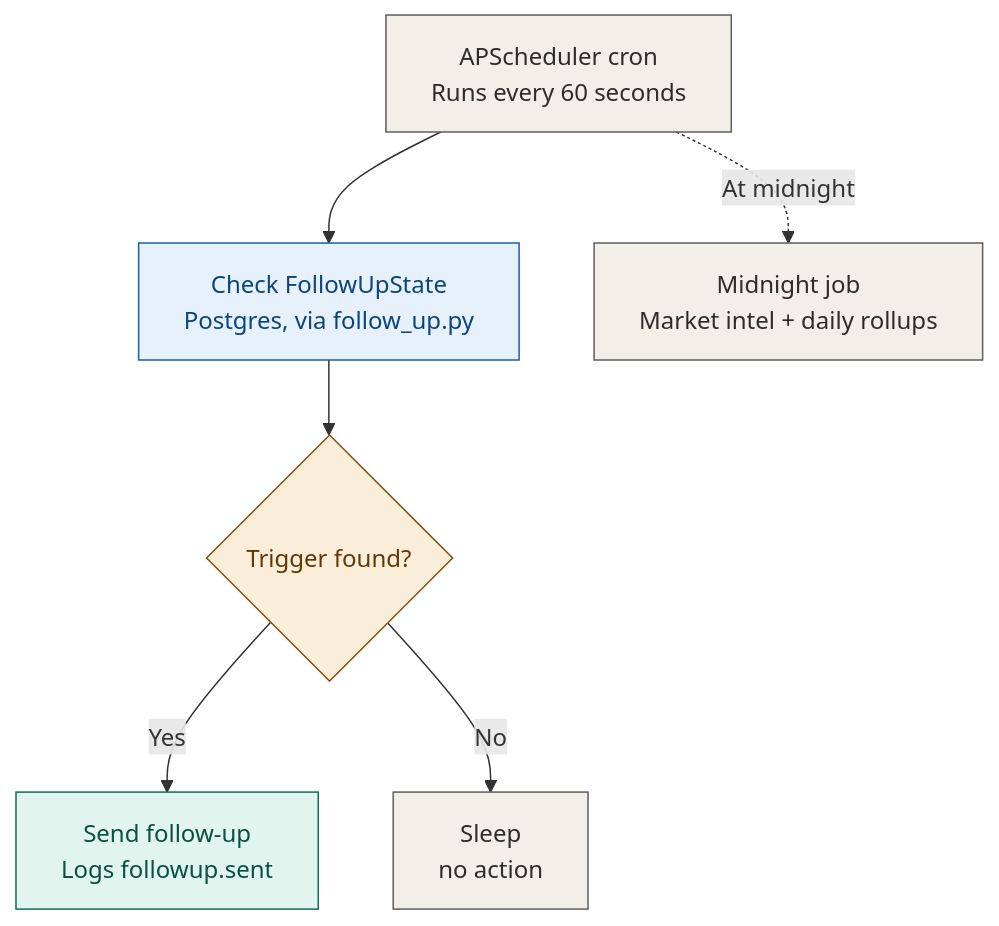
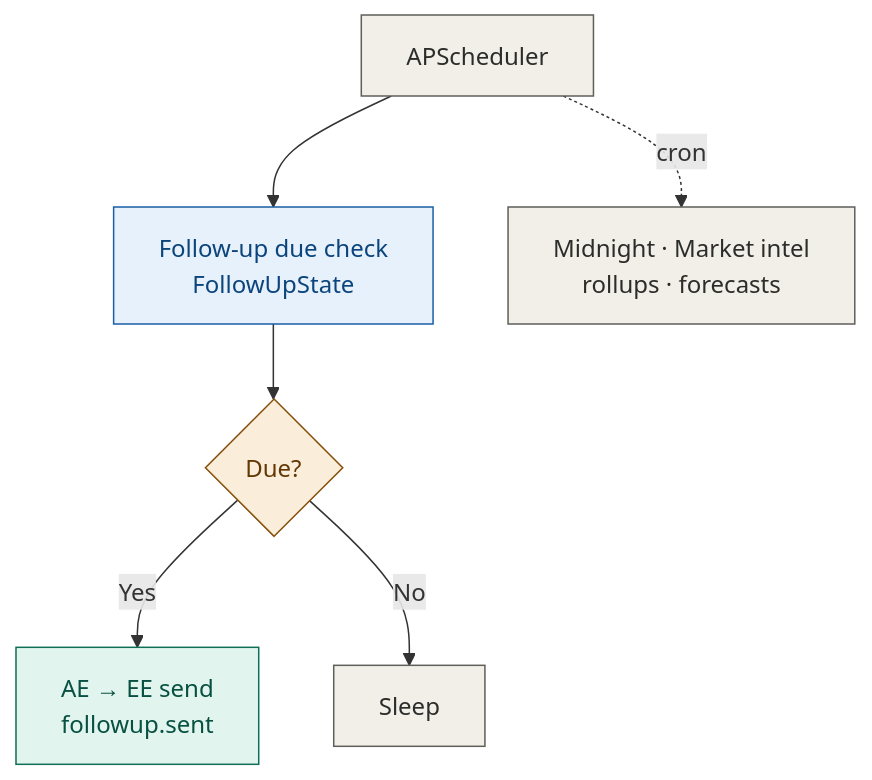
The seventh of 8 diagrams in IREIOS_3.0_Architecture_Diagrams.md (imperiondata/real-estate-ai-lead-agent), drawn with Mermaid before and after one commit. The commit also changed other lines of this file and 2 other files, not shown here.

Commit message:
docs: updated architecture diagrams and implementation plans based on current scope and requirements

````diff
--- a/IREIOS_3.0_Architecture_Diagrams.md
+++ b/IREIOS_3.0_Architecture_Diagrams.md
@@ -245,28 +378,24 @@
 ```mermaid
 flowchart TD
-    F1["APScheduler cron<br/>Runs every 60 seconds"]
-    F2["Check FollowUpState<br/>Postgres, via follow_up.py"]
-    F3{"Trigger found?"}
-    F4["Send follow-up<br/>Logs followup.sent"]
-    F5["Sleep<br/>no action"]
-    F6["Midnight job<br/>Market intel + daily rollups"]
+    F1[APScheduler]
+    F2[Follow-up due check<br/>FollowUpState]
+    F3{Due?}
+    F4[AE → EE send<br/>followup.sent]
+    F5[Sleep]
+    F6[Midnight · Market intel<br/>rollups · forecasts]
 
     F1 --> F2 --> F3
     F3 -->|Yes| F4
     F3 -->|No| F5
-    F1 -.->|At midnight| F6
+    F1 -.->|cron| F6
 
     classDef gray fill:#F1EFE8,stroke:#5F5E5A,color:#2C2C2A;
     classDef blue fill:#E6F1FB,stroke:#185FA5,color:#0C447C;
     classDef teal fill:#E1F5EE,stroke:#0F6E56,color:#085041;
-    classDef purple fill:#EEEDFE,stroke:#534AB7,color:#3C3489;
     classDef amber fill:#FAEEDA,stroke:#854F0B,color:#633806;
-    classDef coral fill:#FAECE7,stroke:#993C1D,color:#712B13;
 
-    class F1 gray
+    class F1,F5,F6 gray
     class F2 blue
     class F3 amber
     class F4 teal
-    class F5 gray
-    class F6 gray
 ```
````
